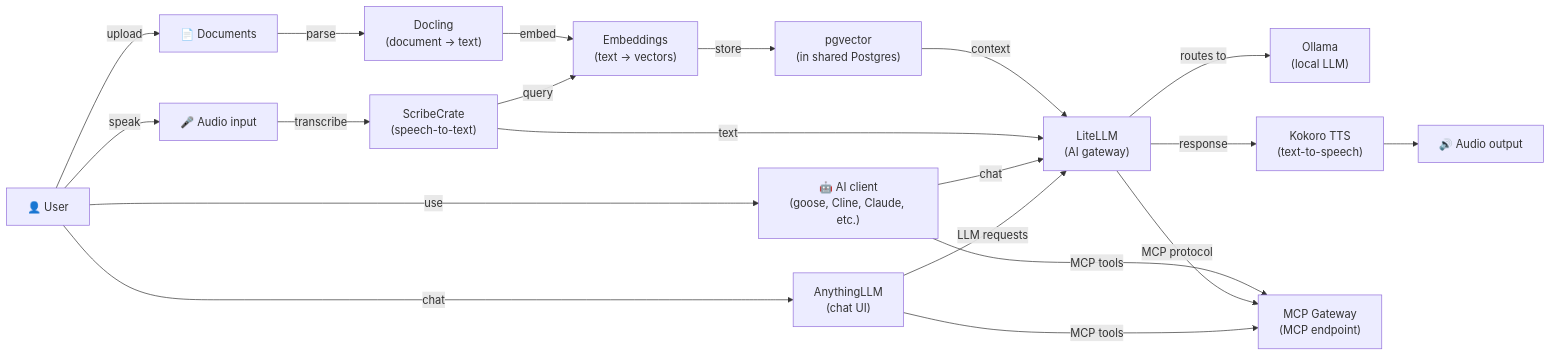
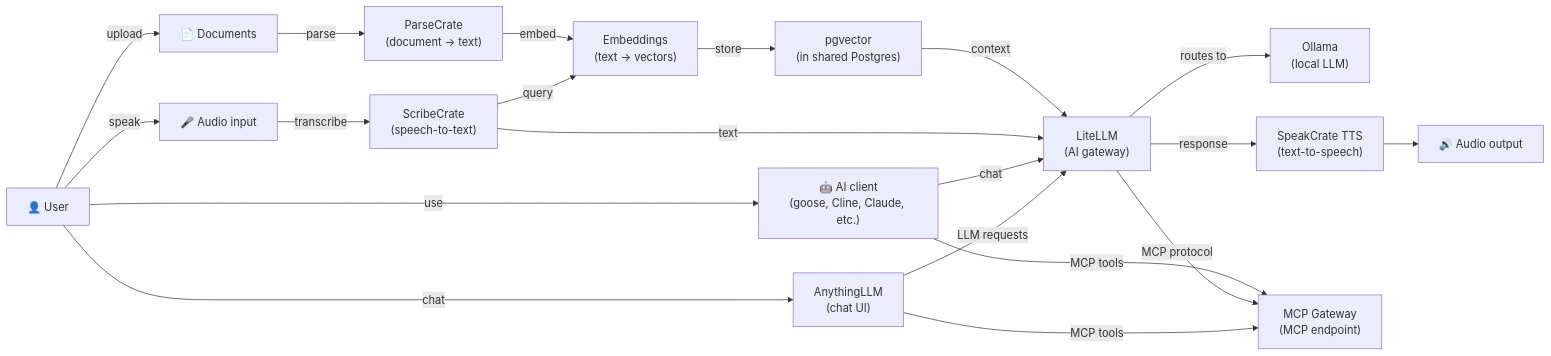
Before and after one commit to hwdsl2/self-hosted-ai-stack: the diagram in README.md, drawn with Mermaid. The commit also changed other lines of this file and 26 other files, not shown here.

````diff
--- a/README.md
+++ b/README.md
@@ -188,22 +188,22 @@
 ```mermaid
 graph LR
     A["🎤 Audio input"] -->|transcribe| W["ScribeCrate<br/>(speech-to-text)"]
-    D["📄 Documents"] -->|parse| DC["Docling<br/>(document → text)"]
+    D["📄 Documents"] -->|parse| DC["ParseCrate<br/>(document → text)"]
     DC -->|embed| E["Embeddings<br/>(text → vectors)"]
     E -->|store| VDB["pgvector<br/>(in shared Postgres)"]
     W -->|query| E
     VDB -->|context| L["LiteLLM<br/>(AI gateway)"]
     W -->|text| L
     L -->|routes to| O["Ollama<br/>(local LLM)"]
-    L -->|response| T["Kokoro TTS<br/>(text-to-speech)"]
+    L -->|response| T["SpeakCrate TTS<br/>(text-to-speech)"]
     T --> B["🔊 Audio output"]
     C["🤖 AI client<br/>(goose, Cline, Claude, etc.)"] -->|MCP tools| M["MCP Gateway<br/>(MCP endpoint)"]
     C -->|chat| L
     L -->|MCP protocol| M
     U["👤 User"] -->|chat| AN["AnythingLLM<br/>(chat UI)"]
     AN -->|LLM requests| L
     AN -->|MCP tools| M
     U -->|use| C
     U -->|speak| A
     U -->|upload| D
 ```
````
